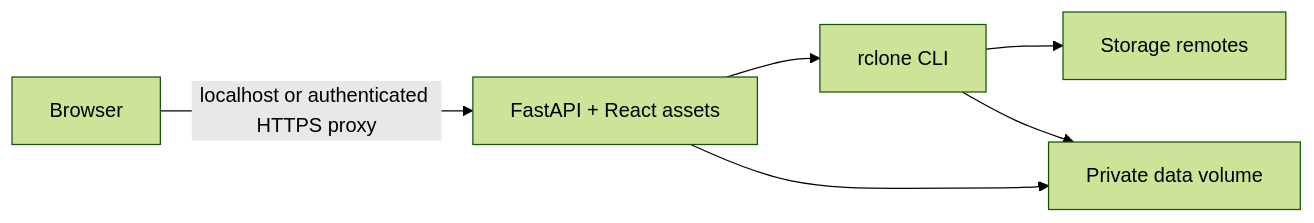
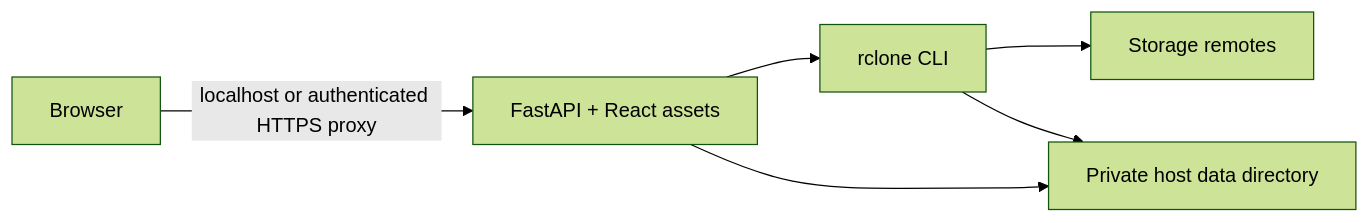
The diagram in README.md (mauromarano/rclone-desk), drawn with Mermaid (forest theme) before and after one commit. The commit also changed other lines of this file and 9 other files, not shown here.

Commit message:
Use a host bind mount for application data

````diff
--- a/README.md
+++ b/README.md
@@ -50,8 +59,8 @@
 ```mermaid
 flowchart LR
     Browser -->|localhost or authenticated HTTPS proxy| API[FastAPI + React assets]
     API --> CLI[rclone CLI]
     CLI --> Remotes[Storage remotes]
-    API --> Volume[Private data volume]
+    API --> Volume[Private host data directory]
     CLI --> Volume
 ```
````
